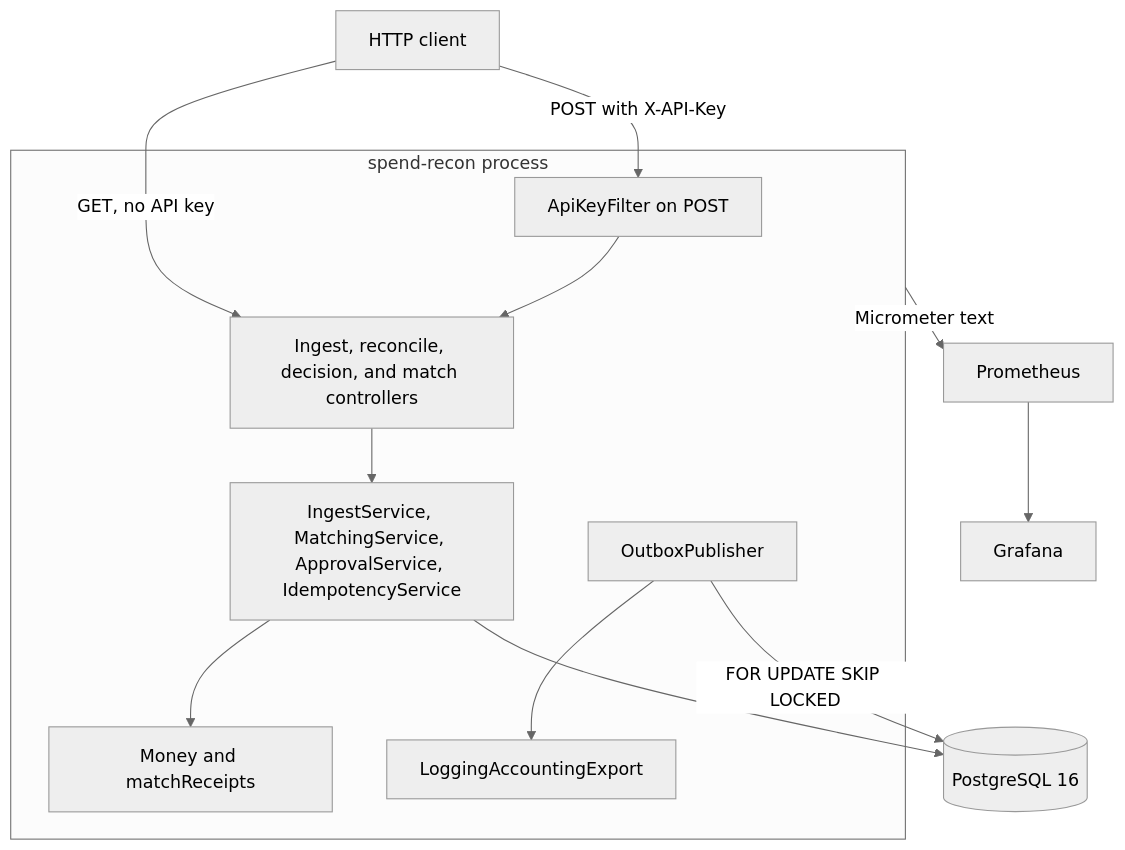
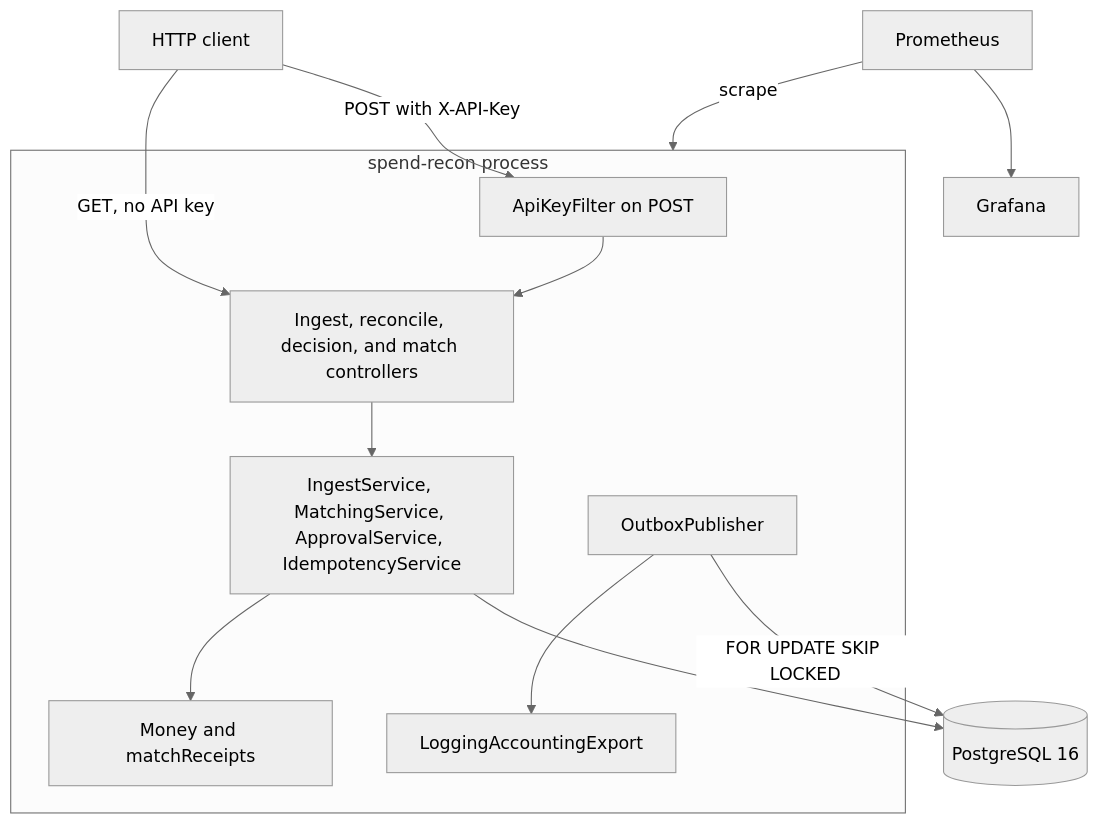
One commit to HHok95/spend-recon changed the first of 2 diagrams in README.md. Above: the diagram before and after it, drawn with Mermaid (neutral theme). The commit also changed other lines of this file and 2 other files, not shown here.

````diff
--- a/README.md
+++ b/README.md
@@ -107,26 +107,26 @@
 ```mermaid
 flowchart TB
   client[HTTP client]
   subgraph proc[spend-recon process]
     writes[ApiKeyFilter on POST]
     http[Ingest, reconcile, decision, and match controllers]
     services[IngestService, MatchingService, ApprovalService, IdempotencyService]
     rules[Money and matchReceipts]
     poller[OutboxPublisher]
     stub[LoggingAccountingExport]
   end
   db[(PostgreSQL 16)]
   prom[Prometheus]
   graf[Grafana]
 
   client -->|GET, no API key| http
   client -->|POST with X-API-Key| writes
   writes --> http
   http --> services
   services --> rules
   services --> db
   poller -->|FOR UPDATE SKIP LOCKED| db
   poller --> stub
-  proc -->|Micrometer text| prom
+  prom -->|scrape| proc
   prom --> graf
 ```
````
